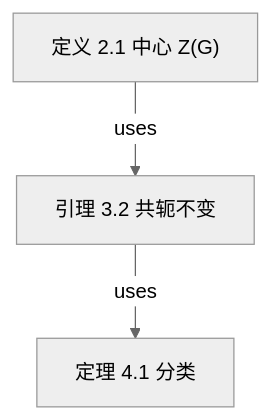
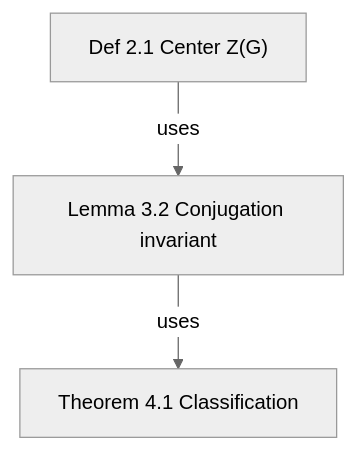
One commit to kanghelyu/omni-flow changed the diagram in skills/omni-flow/SKILL.md. Above: the diagram before and after it, drawn with Mermaid (neutral theme). The commit also changed other lines of this file, not shown here.

````diff
--- a/skills/omni-flow/SKILL.md
+++ b/skills/omni-flow/SKILL.md
@@ -125,5 +123,5 @@
 ```mermaid
 flowchart TD
-  A["定义 2.1 中心 Z(G)"] -->|"uses"| B["引理 3.2 共轭不变"]
-  B -->|"uses"| C["定理 4.1 分类"]
+  A["Def 2.1 Center Z(G)"] -->|"uses"| B["Lemma 3.2 Conjugation invariant"]
+  B -->|"uses"| C["Theorem 4.1 Classification"]
 ```
````
